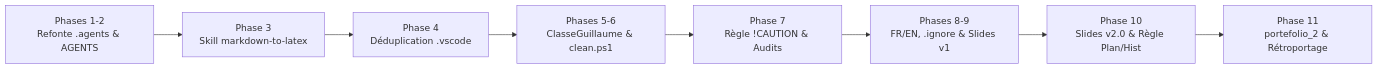
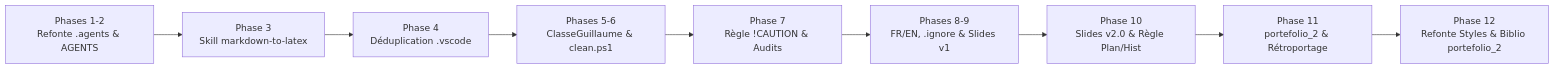
Before and after one commit to GuillaumeWnt/latex: the diagram in docs/historique.md, drawn with Mermaid. The commit also changed other lines of this file and 12 other files, not shown here.

First line of the commit message:
style(portefolio_2): refonte charte visuelle, bibliographie Vancouver et rétroportage template_officiel

````diff
--- a/docs/historique.md
+++ b/docs/historique.md
@@ -5,10 +5,11 @@
 ```mermaid
 flowchart LR
   P1["Phases 1-2<br/>Refonte .agents & AGENTS"] --> P3["Phase 3<br/>Skill markdown-to-latex"]
   P3 --> P4["Phase 4<br/>Déduplication .vscode"]
   P4 --> P56["Phases 5-6<br/>ClasseGuillaume & clean.ps1"]
   P56 --> P7["Phase 7<br/>Règle !CAUTION & Audits"]
   P7 --> P89["Phases 8-9<br/>FR/EN, .ignore & Slides v1"]
   P89 --> P10["Phase 10<br/>Slides v2.0 & Règle Plan/Hist"]
   P10 --> P11["Phase 11<br/>portefolio_2 & Rétroportage"]
+  P11 --> P12["Phase 12<br/>Refonte Styles & Biblio portefolio_2"]
 ```
````
